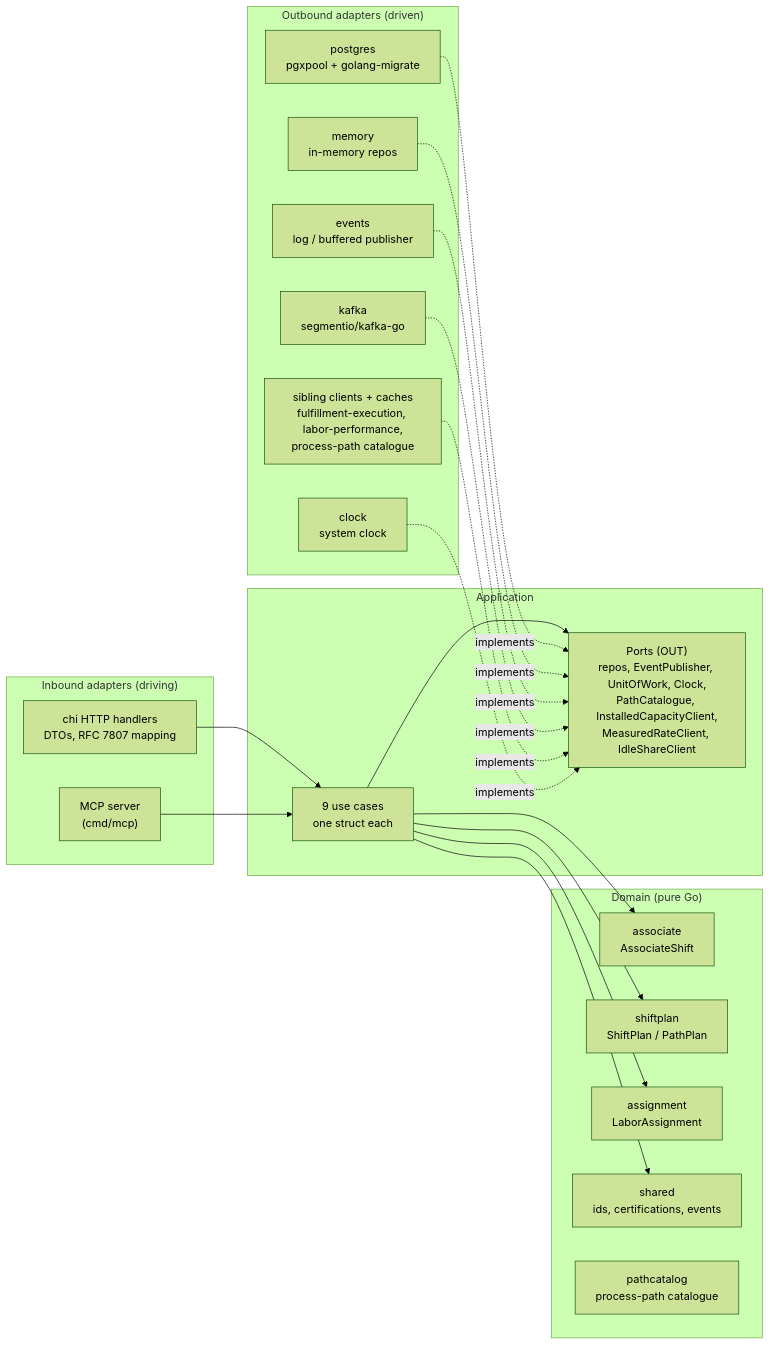
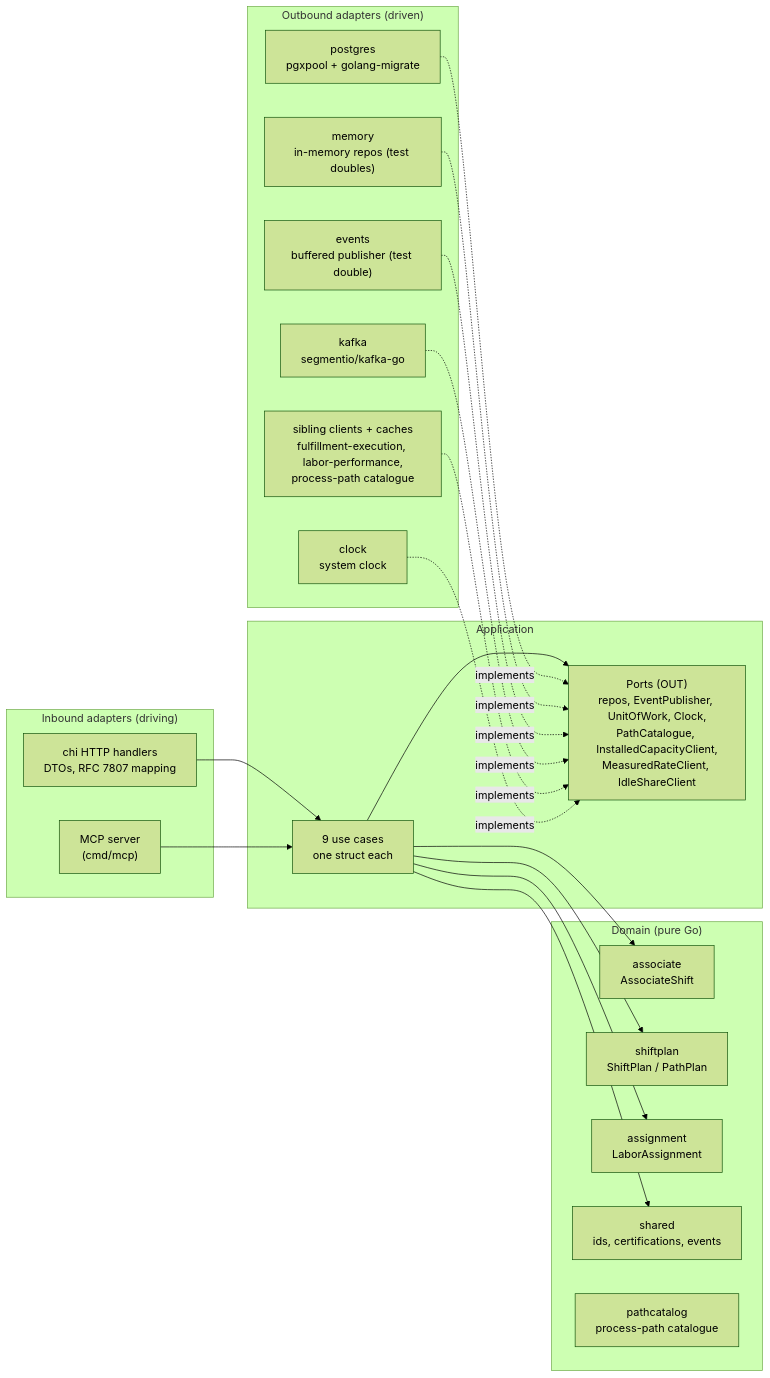
Before and after one commit to IQVO/workforce-management: the diagram in docs/docs/overview/architecture.md, drawn with Mermaid (forest theme). The commit also changed other lines of this file and 19 other files, not shown here.

````diff
--- a/docs/docs/overview/architecture.md
+++ b/docs/docs/overview/architecture.md
@@ -19,43 +19,43 @@
 ```mermaid
 flowchart LR
   subgraph inbound["Inbound adapters (driving)"]
     HTTP["chi HTTP handlers<br/>DTOs, RFC 7807 mapping"]
     MCP["MCP server<br/>(cmd/mcp)"]
   end
 
   subgraph app["Application"]
     UC["9 use cases<br/>one struct each"]
     P["Ports (OUT)<br/>repos, EventPublisher, UnitOfWork, Clock,<br/>PathCatalogue, InstalledCapacityClient,<br/>MeasuredRateClient, IdleShareClient"]
   end
 
   subgraph domain["Domain (pure Go)"]
     A["associate<br/>AssociateShift"]
     S["shiftplan<br/>ShiftPlan / PathPlan"]
     L["assignment<br/>LaborAssignment"]
     SH["shared<br/>ids, certifications, events"]
     PC["pathcatalog<br/>process-path catalogue"]
   end
 
   subgraph outbound["Outbound adapters (driven)"]
     PG["postgres<br/>pgxpool + golang-migrate"]
-    MEM["memory<br/>in-memory repos"]
-    EV["events<br/>log / buffered publisher"]
+    MEM["memory<br/>in-memory repos (test doubles)"]
+    EV["events<br/>buffered publisher (test double)"]
     KA["kafka<br/>segmentio/kafka-go"]
     SIB["sibling clients + caches<br/>fulfillment-execution, labor-performance,<br/>process-path catalogue"]
     CL["clock<br/>system clock"]
   end
 
   HTTP --> UC
   MCP --> UC
   UC --> A
   UC --> S
   UC --> L
   UC --> SH
   UC --> P
   PG -.implements.-> P
   MEM -.implements.-> P
   EV -.implements.-> P
   KA -.implements.-> P
   SIB -.implements.-> P
   CL -.implements.-> P
 ```
````
